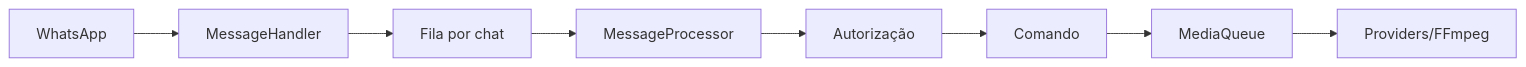
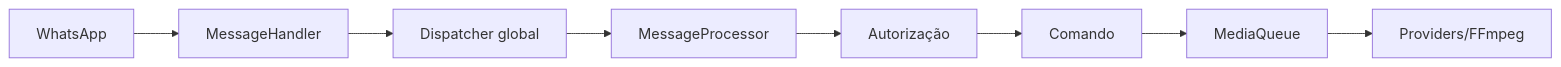
The diagram in docs/pt/architecture.md (hiudyy/misa), drawn with Mermaid before and after one commit. The commit also changed other lines of this file and 72 other files, not shown here.

````diff
--- a/docs/pt/architecture.md
+++ b/docs/pt/architecture.md
@@ -6,10 +6,10 @@
 ```mermaid
 flowchart LR
   WA[WhatsApp] --> MH[MessageHandler]
-  MH --> CQ[Fila por chat]
+  MH --> CQ[Dispatcher global]
   CQ --> MP[MessageProcessor]
   MP --> AUTH[Autorização]
   AUTH --> CMD[Comando]
   CMD --> MQ[MediaQueue]
   MQ --> PROVIDERS[Providers/FFmpeg]
 ```
````
